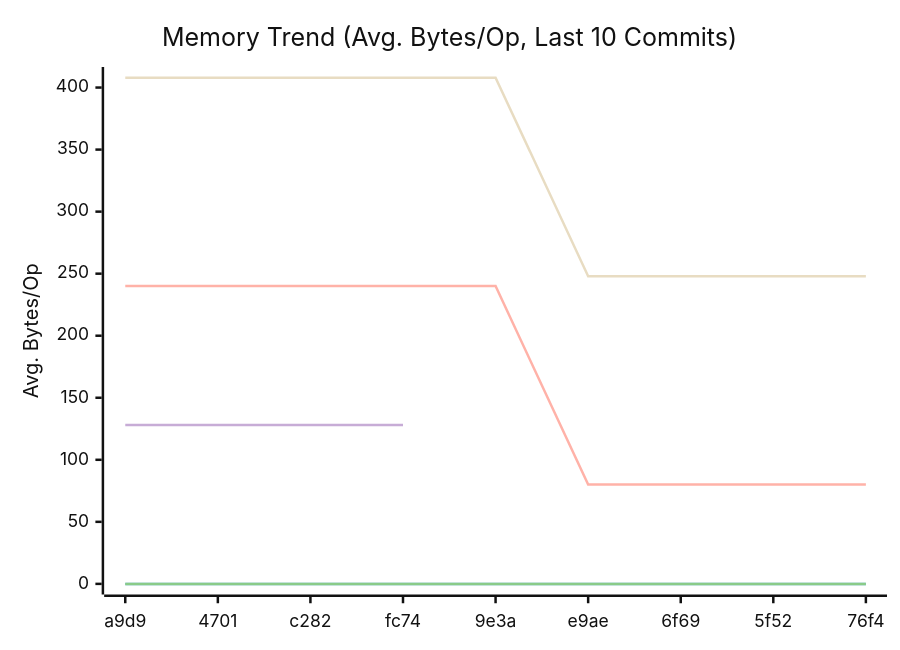
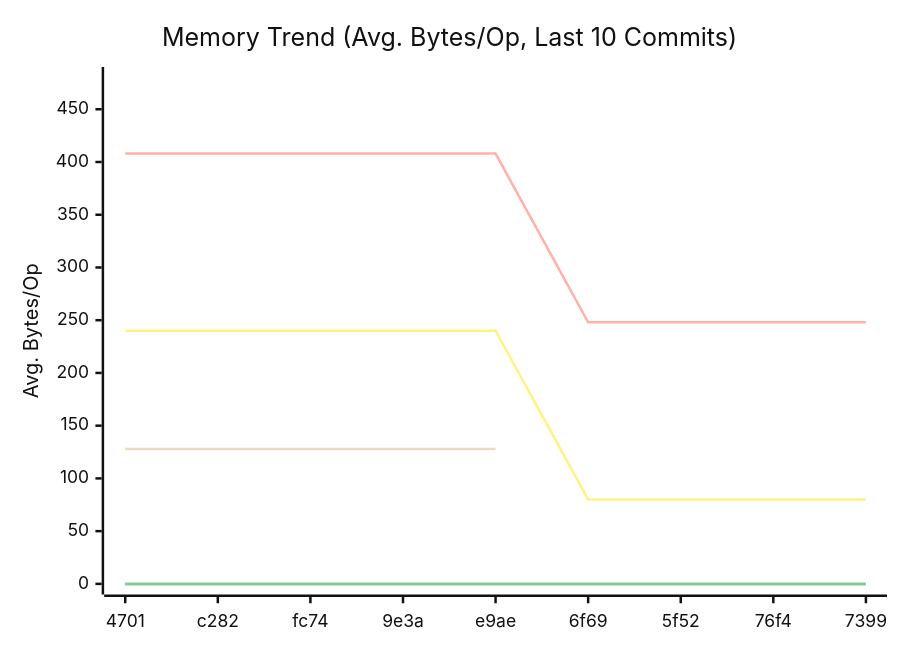
Before and after one commit to alsotoes/momo: the second of 3 diagrams in doc/README.md, drawn with Mermaid (neutral theme). The commit also changed other lines of this file and 1 other file, not shown here.

````diff
--- a/doc/README.md
+++ b/doc/README.md
@@ -307,13 +311,14 @@
 ```mermaid
 xychart-beta
     title "Memory Trend (Avg. Bytes/Op, Last 10 Commits)"
     x-axis "Commit"
     y-axis "Avg. Bytes/Op"
-    x-axis [a9d9,4701,c282,fc74,9e3a,e9ae,6f69,5f52,76f4]
+    x-axis [4701,c282,fc74,9e3a,e9ae,6f69,5f52,76f4,7399]
     line "CheckMetricsAndSwap" [0,0,0,0,0,0,0,0,0,0]
     line "IndexDirectTracking" [0,0,0,0,0,0,0,0,0,0]
     line "IndexSearch" [0,0,0,0,0,0,0,0,0,0]
-    line "PadString" [128,128,128,128]
+    line "LoadGlobalConfig" [480]
+    line "PadString" [128,128,128,128,128]
     line "ParseReplicationOrder_NoPrealloc" [408,408,408,408,408,248,248,248,248,248]
     line "ParseReplicationOrder_Prealloc" [240,240,240,240,240,80,80,80,80,80]
 ```
````
